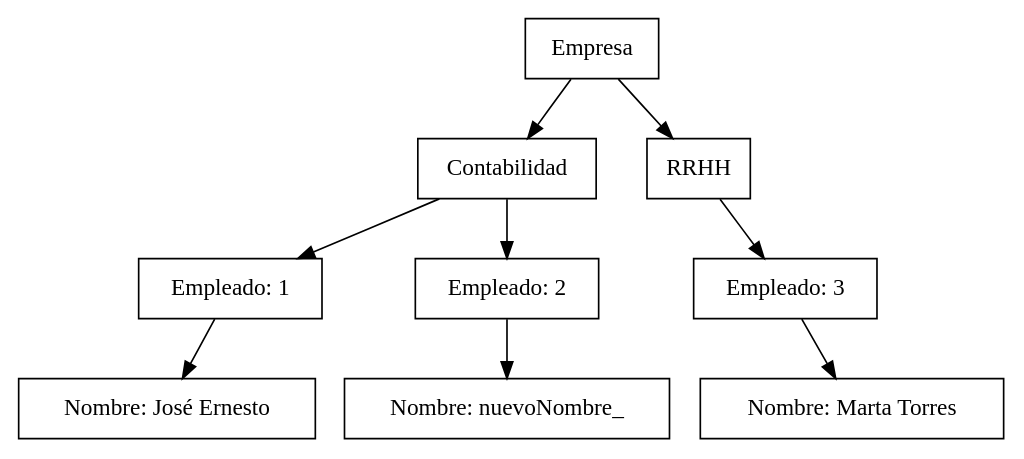
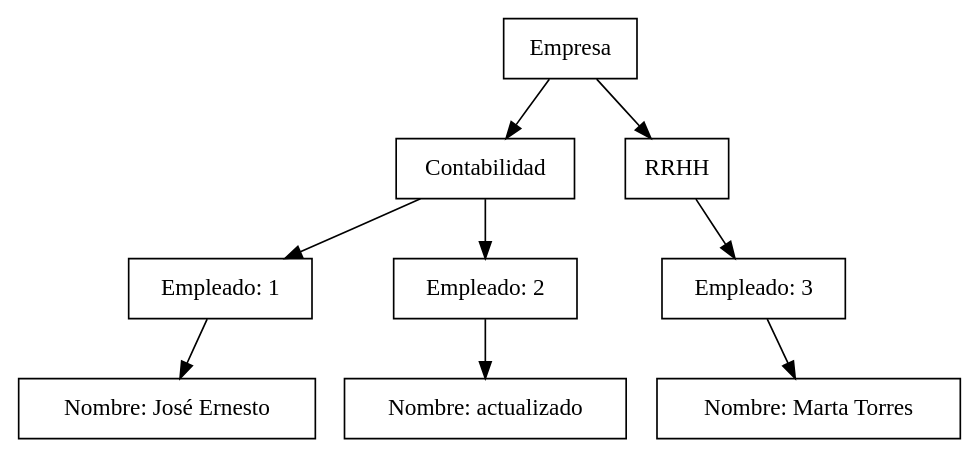
The diagram in Clase 06-20/comandos/archivo.dot (IPC2-VJ2022/IPC2_JUNIO_2022), drawn with Graphviz before and after one commit. The commit also changed 3 other files, not shown here.

```diff
--- a/Clase 06-20/comandos/archivo.dot
+++ b/Clase 06-20/comandos/archivo.dot
@@ -1,20 +1,20 @@
 digraph G { 
 node[shape=elipse] 
 nodoRaiz[label="Empresa"] 
 nodoDeptoContabilidad[label="Contabilidad"] 
 nodoRaiz ->nodoDeptoContabilidad
 nodoEmpl1[label="Empleado: 1 "] 
 nodoDeptoContabilidad->nodoEmpl1
 nodoEmpl1name[label="Nombre: José Ernesto "] 
 nodoEmpl1->nodoEmpl1name
 nodoEmpl2[label="Empleado: 2 "] 
 nodoDeptoContabilidad->nodoEmpl2
-nodoEmpl2name[label="Nombre: nuevoNombre_ "] 
+nodoEmpl2name[label="Nombre: actualizado "] 
 nodoEmpl2->nodoEmpl2name
 nodoDeptoRRHH[label="RRHH"] 
 nodoRaiz ->nodoDeptoRRHH
 nodoEmpl3[label="Empleado: 3 "] 
 nodoDeptoRRHH->nodoEmpl3
 nodoEmpl3name[label="Nombre: Marta Torres "] 
 nodoEmpl3->nodoEmpl3name
 }
```
